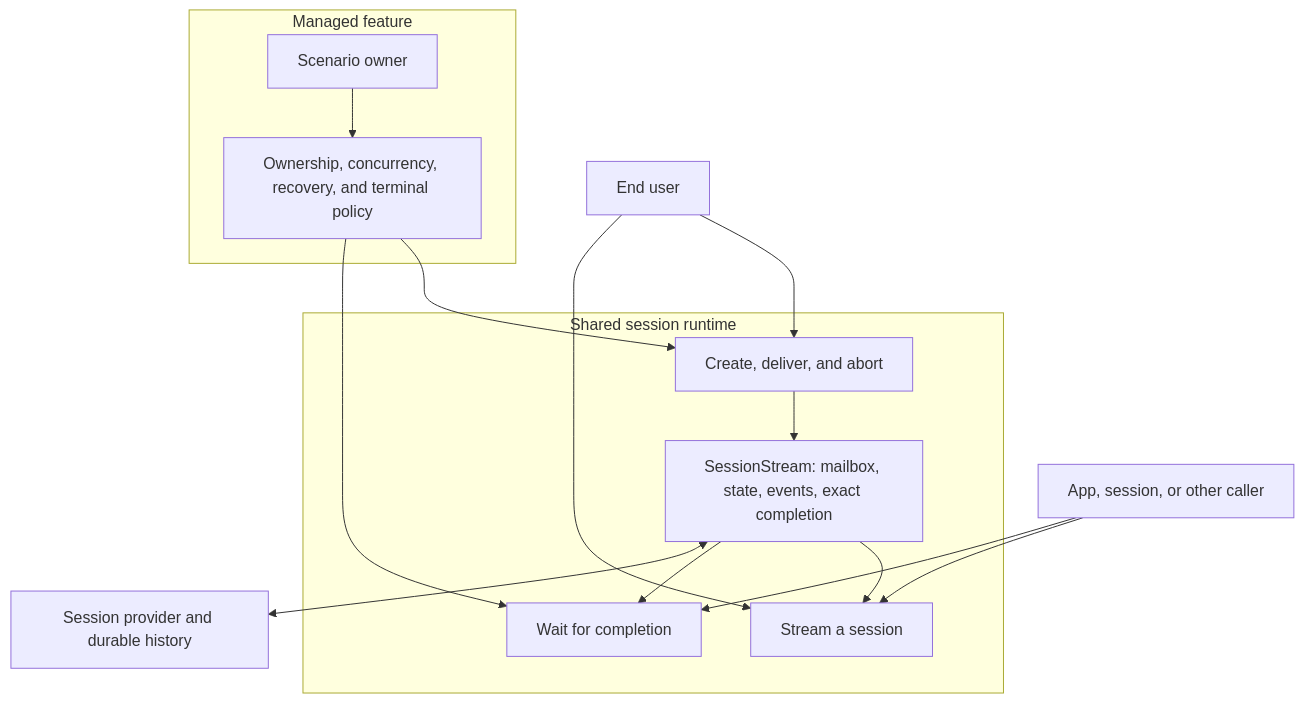
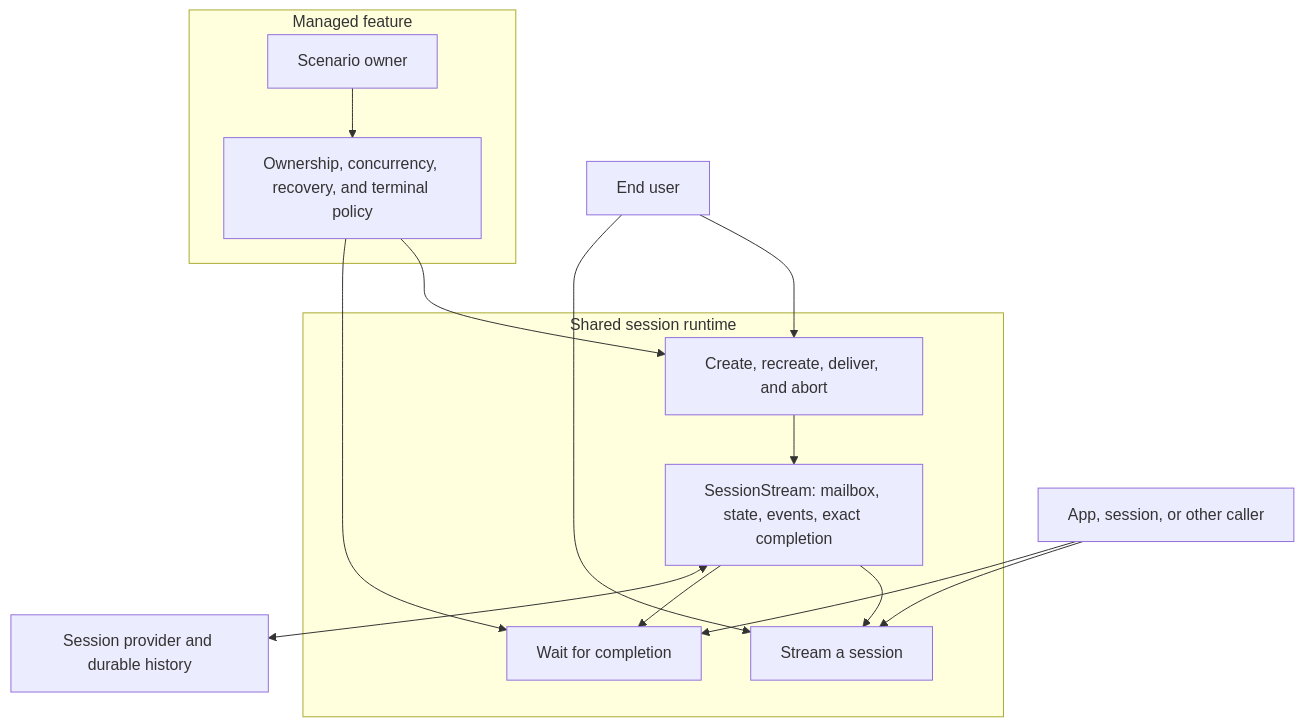
One commit to lostintangent/toy-box changed the diagram in src/features/sessions/server/runtime/AGENTS.md. Above: the diagram before and after it, drawn with Mermaid. The commit also changed other lines of this file and 151 other files, not shown here.

````diff
--- a/src/features/sessions/server/runtime/AGENTS.md
+++ b/src/features/sessions/server/runtime/AGENTS.md
@@ -7,28 +7,28 @@
 ```mermaid
 flowchart TB
     User[End user] --> Operations
     User --> Streaming
     Caller[App, session, or other caller] --> Streaming
     Caller --> Waiting
 
     subgraph Supervisors[Managed feature]
         Owner[Scenario owner]
         Policy[Ownership, concurrency, recovery, and terminal policy]
         Owner --> Policy
     end
 
     Policy --> Operations
     Policy --> Waiting
 
     subgraph Runtime[Shared session runtime]
-        Operations[Create, deliver, and abort]
+        Operations[Create, recreate, deliver, and abort]
         Streaming[Stream a session]
         Waiting[Wait for completion]
         Process[SessionStream: mailbox, state, events, exact completion]
         Operations --> Process
         Process --> Streaming
         Process --> Waiting
     end
 
     Process <--> Provider[Session provider and durable history]
 ```
````
